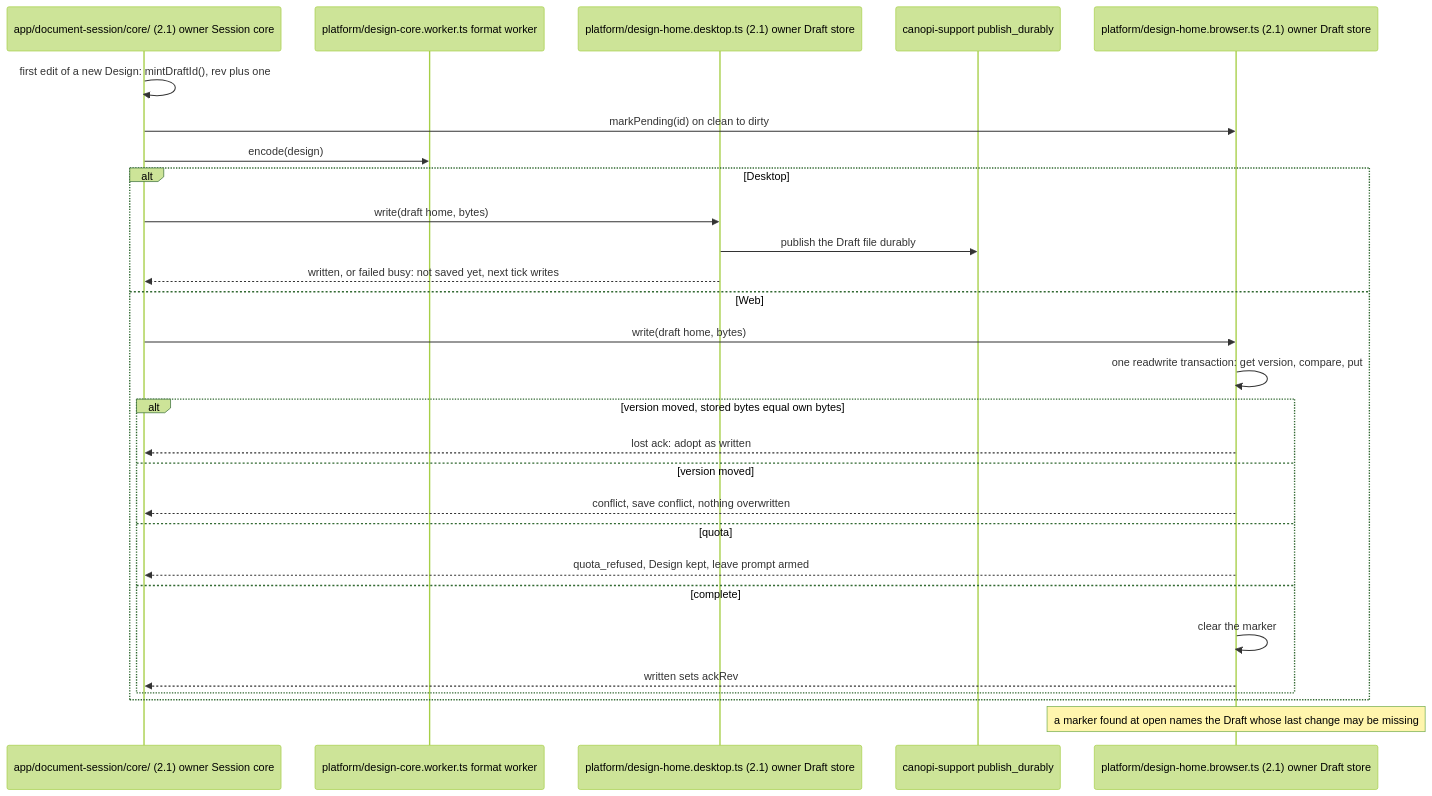
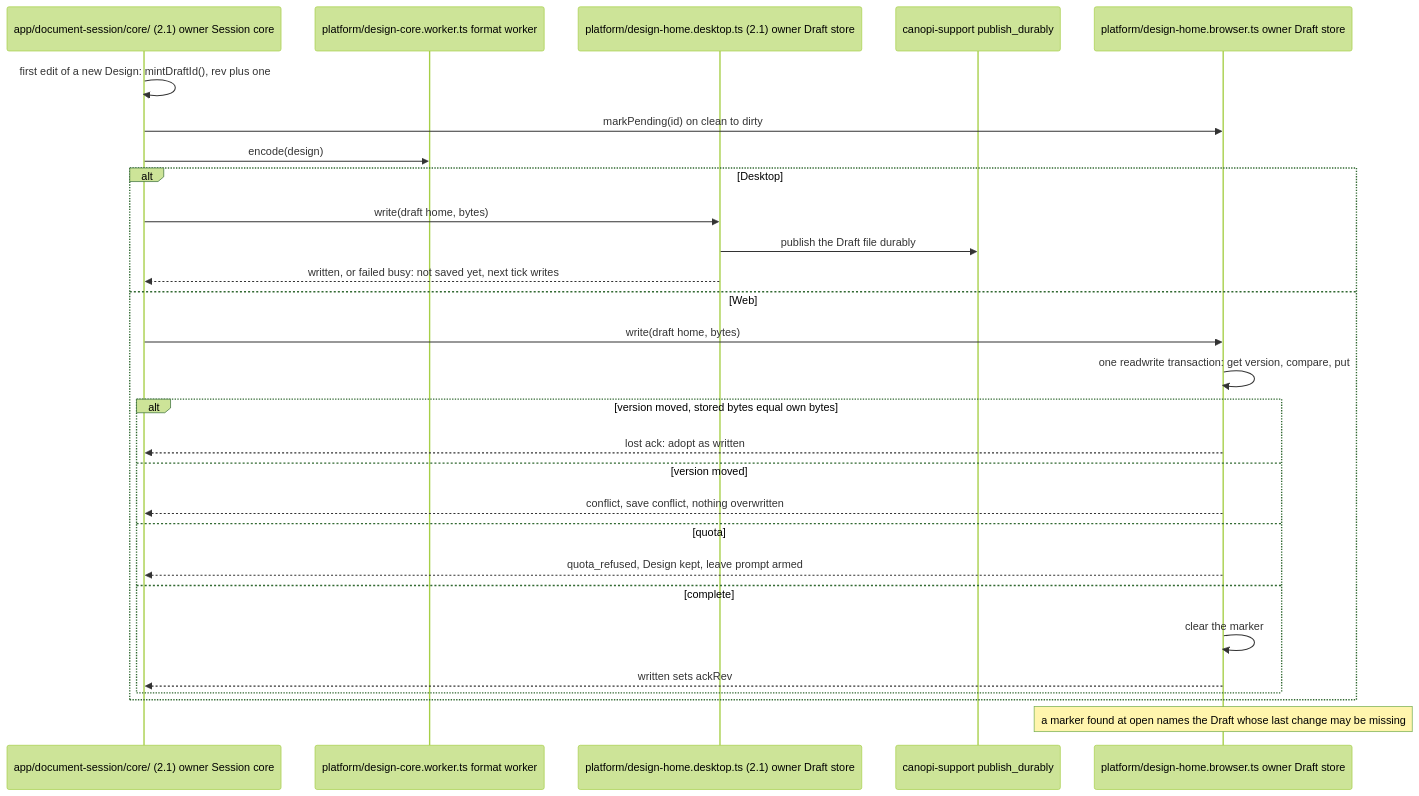
The third of 6 diagrams in docs/architecture/flows-document.md (opencanopi/canopi), drawn with Mermaid (forest theme) before and after one commit. The commit also changed other lines of this file and 27 other files, not shown here.

````diff
--- a/docs/architecture/flows-document.md
+++ b/docs/architecture/flows-document.md
@@ -101,30 +101,30 @@
 ```mermaid
 sequenceDiagram
   participant Core as app/document-session/core/ (2.1) owner Session core
   participant Fmt as platform/design-core.worker.ts format worker
   participant DH as platform/design-home.desktop.ts (2.1) owner Draft store
   participant Dur as canopi-support publish_durably
-  participant WH as platform/design-home.browser.ts (2.1) owner Draft store
+  participant WH as platform/design-home.browser.ts owner Draft store
   Core->>Core: first edit of a new Design: mintDraftId(), rev plus one
   Core->>WH: markPending(id) on clean to dirty
   Core->>Fmt: encode(design)
   alt Desktop
     Core->>DH: write(draft home, bytes)
     DH->>Dur: publish the Draft file durably
     DH-->>Core: written, or failed busy: not saved yet, next tick writes
   else Web
     Core->>WH: write(draft home, bytes)
     WH->>WH: one readwrite transaction: get version, compare, put
     alt version moved, stored bytes equal own bytes
       WH-->>Core: lost ack: adopt as written
     else version moved
       WH-->>Core: conflict, save conflict, nothing overwritten
     else quota
       WH-->>Core: quota_refused, Design kept, leave prompt armed
     else complete
       WH->>WH: clear the marker
       WH-->>Core: written sets ackRev
     end
   end
   Note over WH: a marker found at open names the Draft whose last change may be missing
 ```
````
